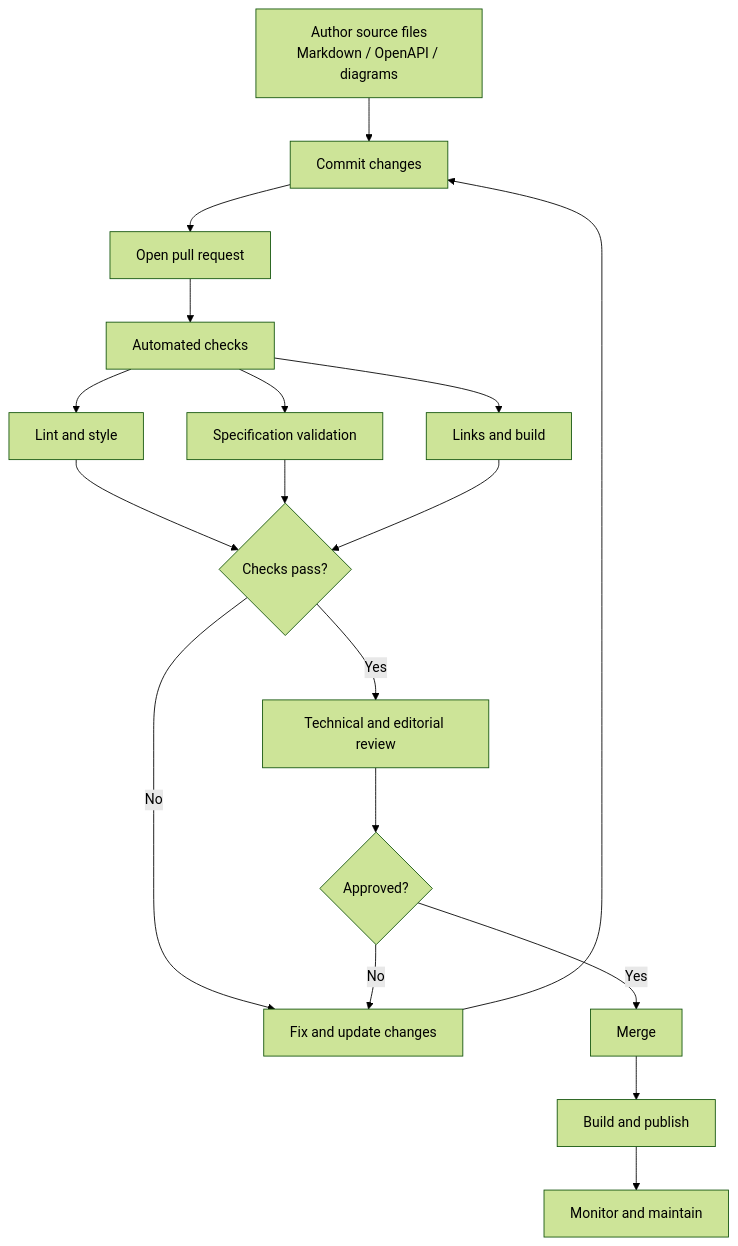
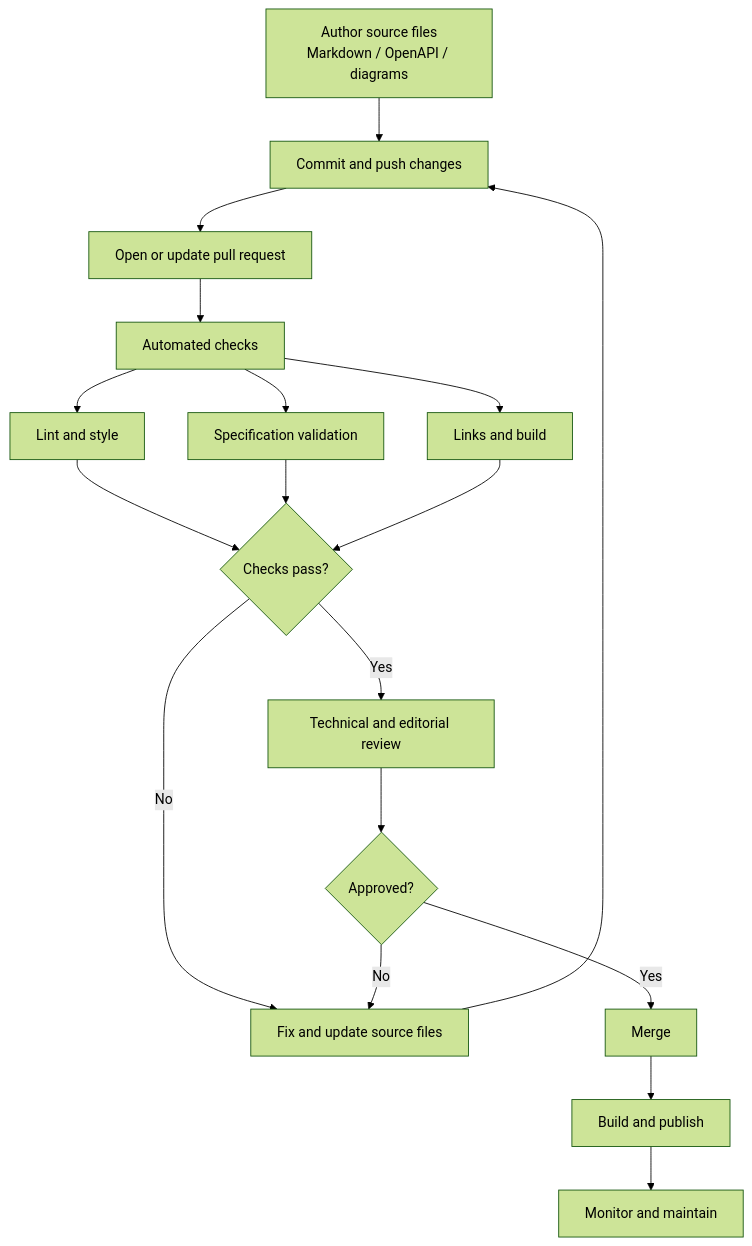
The diagram in docs/documentation/diagrams/04-docs-as-code-workflow.md (ekatmoz88-alt/github-profile-dashboard-vite), drawn with Mermaid (forest theme) before and after one commit.

Commit message:
docs: clarify pull request update workflow

````diff
--- a/docs/documentation/diagrams/04-docs-as-code-workflow.md
+++ b/docs/documentation/diagrams/04-docs-as-code-workflow.md
@@ -5,20 +5,20 @@
 ```mermaid
 flowchart TD
-    A["Author source files<br/>Markdown / OpenAPI / diagrams"] --> B["Commit changes"]
-    B --> C["Open pull request"]
+    A["Author source files<br/>Markdown / OpenAPI / diagrams"] --> B["Commit and push changes"]
+    B --> C["Open or update pull request"]
     C --> D["Automated checks"]
     D --> D1["Lint and style"]
     D --> D2["Specification validation"]
     D --> D3["Links and build"]
     D1 --> E{"Checks pass?"}
     D2 --> E
     D3 --> E
-    E -->|"No"| F["Fix and update changes"]
+    E -->|"No"| F["Fix and update source files"]
     F --> B
     E -->|"Yes"| G["Technical and editorial review"]
     G --> H{"Approved?"}
     H -->|"No"| F
     H -->|"Yes"| I["Merge"]
     I --> J["Build and publish"]
     J --> K["Monitor and maintain"]
 ```
````
